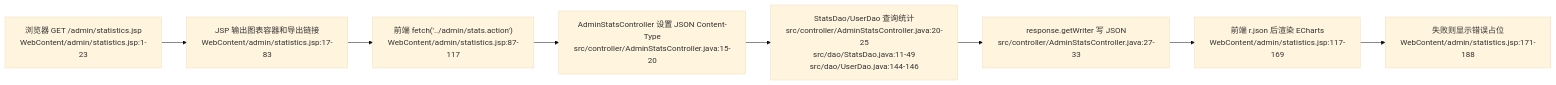
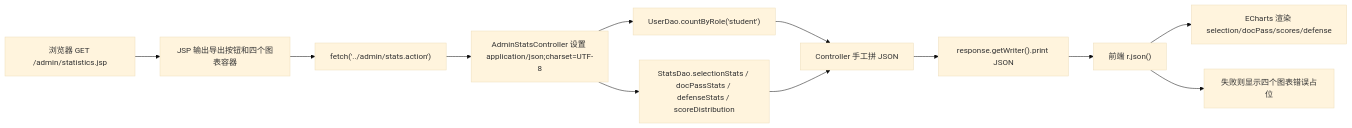
One commit to guangxiangdebizi/graduation-design-management-system changed the eighth of 10 diagrams in docs/网络数据流详解/parts/04-admin-flows.md. Above: the diagram before and after it, drawn with Mermaid (base theme). The commit also changed other lines of this file and 8 other files, not shown here.

First line of the commit message:
refactor project documentation and enhance network data flow details

````diff
--- a/docs/网络数据流详解/parts/04-admin-flows.md
+++ b/docs/网络数据流详解/parts/04-admin-flows.md
@@ -331,10 +332,14 @@
 ```mermaid
 flowchart LR
-  A["浏览器 GET /admin/statistics.jsp<br/>WebContent/admin/statistics.jsp:1-23"] --> B["JSP 输出图表容器和导出链接<br/>WebContent/admin/statistics.jsp:17-83"]
-  B --> C["前端 fetch('../admin/stats.action')<br/>WebContent/admin/statistics.jsp:87-117"]
-  C --> D["AdminStatsController 设置 JSON Content-Type<br/>src/controller/AdminStatsController.java:15-20"]
-  D --> E["StatsDao/UserDao 查询统计<br/>src/controller/AdminStatsController.java:20-25<br/>src/dao/StatsDao.java:11-49<br/>src/dao/UserDao.java:144-146"]
-  E --> F["response.getWriter 写 JSON<br/>src/controller/AdminStatsController.java:27-33"]
-  F --> G["前端 r.json 后渲染 ECharts<br/>WebContent/admin/statistics.jsp:117-169"]
-  G --> H["失败则显示错误占位<br/>WebContent/admin/statistics.jsp:171-188"]
+  A["浏览器 GET /admin/statistics.jsp"] --> B["JSP 输出导出按钮和四个图表容器"]
+  B --> C["fetch('../admin/stats.action')"]
+  C --> D["AdminStatsController 设置 application/json;charset=UTF-8"]
+  D --> E["UserDao.countByRole('student')"]
+  D --> F["StatsDao.selectionStats / docPassStats / defenseStats / scoreDistribution"]
+  E --> G["Controller 手工拼 JSON"]
+  F --> G
+  G --> H["response.getWriter().print JSON"]
+  H --> I["前端 r.json()"]
+  I --> J["ECharts 渲染 selection/docPass/scores/defense"]
+  I --> K["失败则显示四个图表错误占位"]
 ```
````
